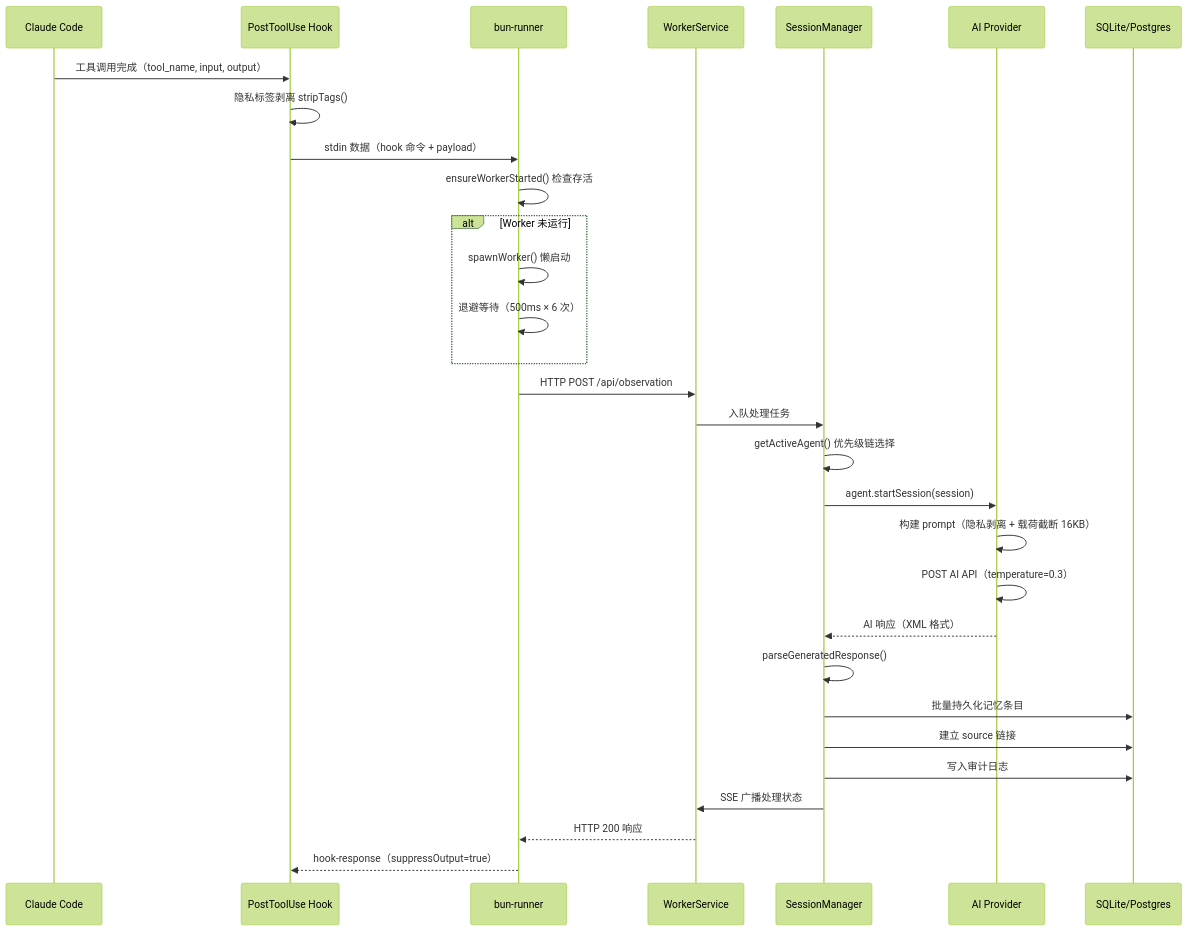
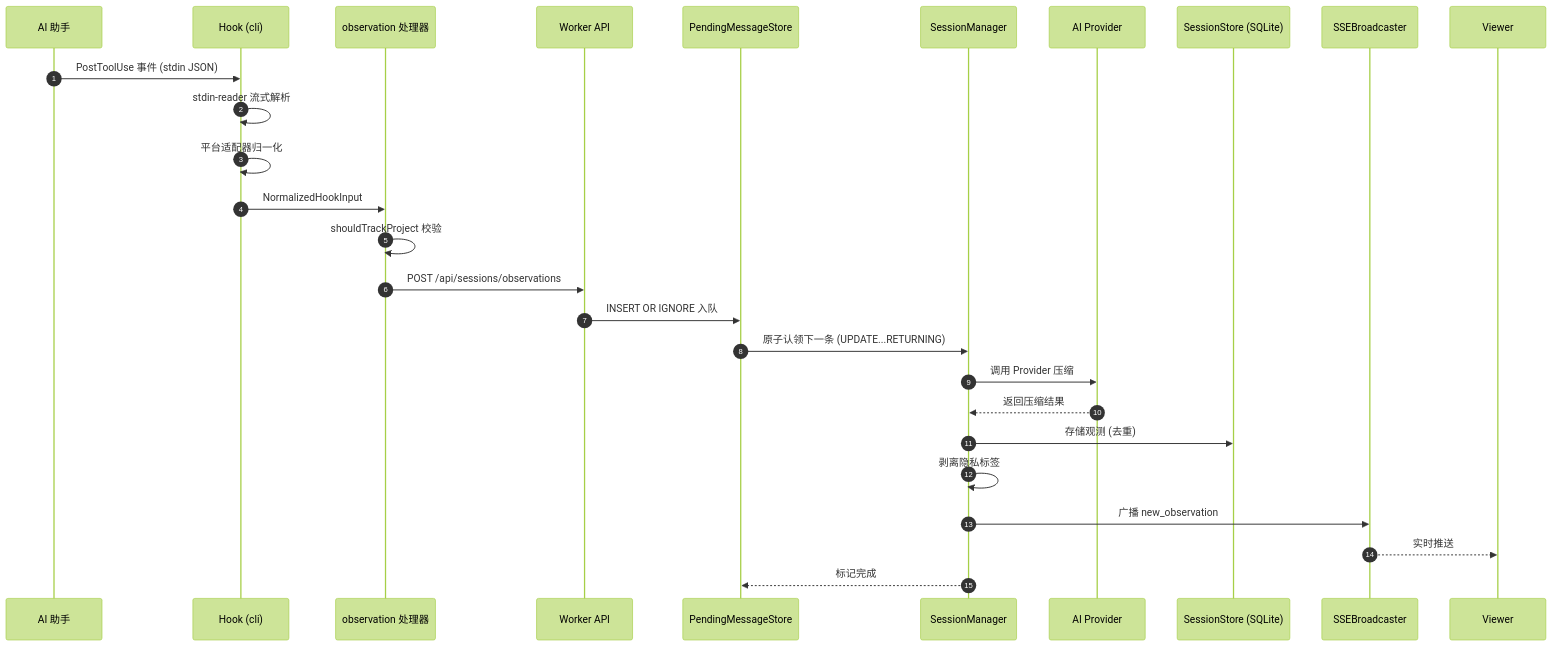
One commit to sharesdoc/claude-mem changed the ninth of 14 diagrams in doc/B-系统设计文档.md. Above: the diagram before and after it, drawn with Mermaid (forest theme). The commit also changed other lines of this file and 22 other files, not shown here.

````diff
--- a/doc/B-系统设计文档.md
+++ b/doc/B-系统设计文档.md
@@ -657,33 +597,30 @@
 ```mermaid
 sequenceDiagram
-    participant CC as Claude Code
-    participant Hook as PostToolUse Hook
-    participant Runner as bun-runner
-    participant Worker as WorkerService
-    participant Queue as SessionManager
-    participant Provider as AI Provider
-    participant DB as SQLite/Postgres
+    autonumber
+    participant AI as AI 助手
+    participant HK as Hook (cli)
+    participant OBS as observation 处理器
+    participant W as Worker API
+    participant PMS as PendingMessageStore
+    participant SM as SessionManager
+    participant P as AI Provider
+    participant DB as SessionStore (SQLite)
+    participant SSE as SSEBroadcaster
+    participant V as Viewer
 
-    CC->>Hook: 工具调用完成（tool_name, input, output）
-    Hook->>Hook: 隐私标签剥离 stripTags()
-    Hook->>Runner: stdin 数据（hook 命令 + payload）
-    Runner->>Runner: ensureWorkerStarted() 检查存活
-    alt Worker 未运行
-        Runner->>Runner: spawnWorker() 懒启动
-        Runner->>Runner: 退避等待（500ms × 6 次）
-    end
-    Runner->>Worker: HTTP POST /api/observation
-    Worker->>Queue: 入队处理任务
-    Queue->>Queue: getActiveAgent() 优先级链选择
-    Queue->>Provider: agent.startSession(session)
-    Provider->>Provider: 构建 prompt（隐私剥离 + 载荷截断 16KB）
-    Provider->>Provider: POST AI API（temperature=0.3）
-    Provider-->>Queue: AI 响应（XML 格式）
-    Queue->>Queue: parseGeneratedResponse()
-    Queue->>DB: 批量持久化记忆条目
-    Queue->>DB: 建立 source 链接
-    Queue->>DB: 写入审计日志
-    Queue->>Worker: SSE 广播处理状态
-    Worker-->>Runner: HTTP 200 响应
-    Runner-->>Hook: hook-response（suppressOutput=true）
+    AI->>HK: PostToolUse 事件 (stdin JSON)
+    HK->>HK: stdin-reader 流式解析
+    HK->>HK: 平台适配器归一化
+    HK->>OBS: NormalizedHookInput
+    OBS->>OBS: shouldTrackProject 校验
+    OBS->>W: POST /api/sessions/observations
+    W->>PMS: INSERT OR IGNORE 入队
+    PMS->>SM: 原子认领下一条 (UPDATE...RETURNING)
+    SM->>P: 调用 Provider 压缩
+    P-->>SM: 返回压缩结果
+    SM->>DB: 存储观测 (去重)
+    SM->>SM: 剥离隐私标签
+    SM->>SSE: 广播 new_observation
+    SSE-->>V: 实时推送
+    SM-->>PMS: 标记完成
 ```
````
